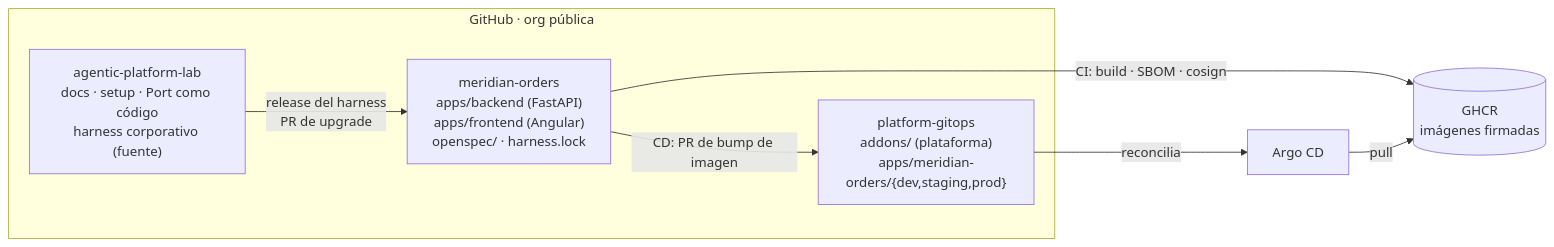
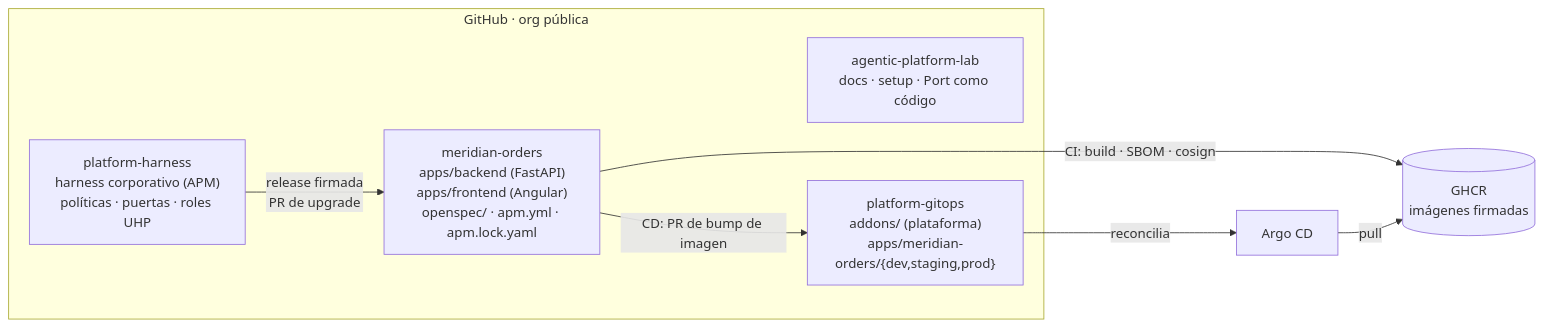
Before and after one commit to elpalmeral-org/agentic-platform-lab: the third of 7 diagrams in docs/01-arquitectura.md, drawn with Mermaid. The commit also changed other lines of this file and 8 other files, not shown here.

````diff
--- a/docs/01-arquitectura.md
+++ b/docs/01-arquitectura.md
@@ -74,16 +74,17 @@
 ```mermaid
 flowchart LR
     subgraph ORG["GitHub · org pública"]
-        LAB["agentic-platform-lab<br/>docs · setup · Port como código<br/>harness corporativo (fuente)"]
-        APP["meridian-orders<br/>apps/backend (FastAPI)<br/>apps/frontend (Angular)<br/>openspec/ · harness.lock"]
+        LAB["agentic-platform-lab<br/>docs · setup · Port como código"]
+        HAR["platform-harness<br/>harness corporativo (APM)<br/>políticas · puertas · roles UHP"]
+        APP["meridian-orders<br/>apps/backend (FastAPI)<br/>apps/frontend (Angular)<br/>openspec/ · apm.yml · apm.lock.yaml"]
         OPS["platform-gitops<br/>addons/ (plataforma)<br/>apps/meridian-orders/{dev,staging,prod}"]
     end
     GHCR[("GHCR<br/>imágenes firmadas")]
     ARGO["Argo CD"]
 
-    LAB -->|"release del harness<br/>PR de upgrade"| APP
+    HAR -->|"release firmada<br/>PR de upgrade"| APP
     APP -->|"CI: build · SBOM · cosign"| GHCR
     APP -->|"CD: PR de bump de imagen"| OPS
     OPS -->|reconcilia| ARGO
     ARGO -->|pull| GHCR
 ```
````
